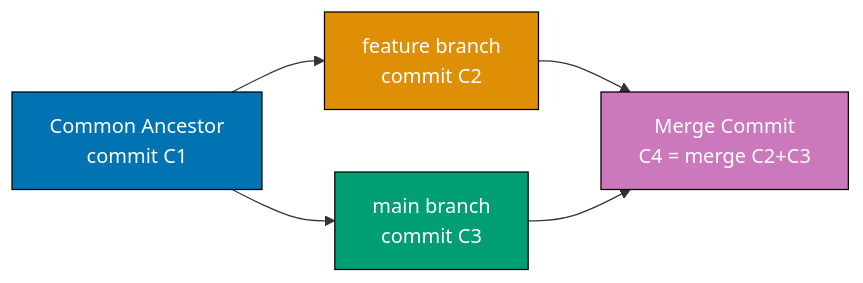
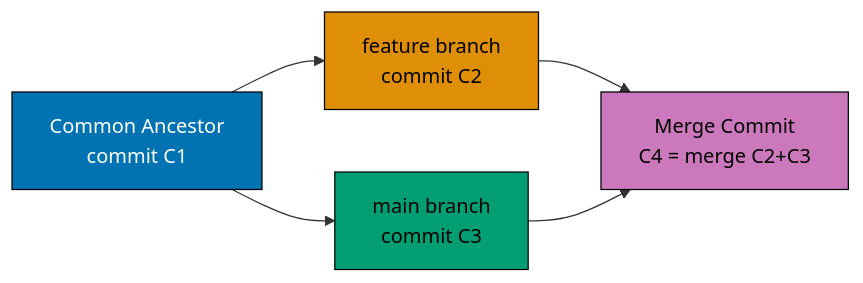
The first of 10 diagrams in apps/ayokoding-www/content/en/learn/legacy/software-engineering/automation-tools/git/by-example/intermediate.md (wahidyankf/ose-public), drawn with Mermaid before and after one commit. The commit also changed other lines of this file and 131 other files, not shown here.

First line of the commit message:
fix(mermaid): bring the legacy data, infrastructure, and testing diagrams onto the accessible palette

````diff
--- a/apps/ayokoding-www/content/en/learn/legacy/software-engineering/automation-tools/git/by-example/intermediate.md
+++ b/apps/ayokoding-www/content/en/learn/legacy/software-engineering/automation-tools/git/by-example/intermediate.md
@@ -18,18 +18,25 @@
 ```mermaid
 %% Color Palette: Blue #0173B2, Orange #DE8F05, Teal #029E73, Purple #CC78BC, Brown #CA9161
 graph LR
+    accTitle: Example 29: Three-Way Merge
+    accDescr: Graph with 4 nodes and 4 connections. Nodes: Common Ancestor commit C1, feature branch commit C2, main branch commit C3, Merge Commit C4 = merge C2+C3. Connections: Common Ancestor commit C1 to feature branch commit C2, Common Ancestor commit C1 to main branch commit C3, feature branch commit C2 to Merge Commit C4 = merge C2+C3, main branch commit C3 to Merge Commit C4 = merge C2+C3.
     A["Common Ancestor<br/>commit C1"]
     B["feature branch<br/>commit C2"]
     C["main branch<br/>commit C3"]
     D["Merge Commit<br/>C4 = merge C2+C3"]
 
     A --> B
     A --> C
     B --> D
     C --> D
 
-    style A fill:#0173B2,stroke:#000,color:#fff
-    style B fill:#DE8F05,stroke:#000,color:#fff
-    style C fill:#029E73,stroke:#000,color:#fff
-    style D fill:#CC78BC,stroke:#000,color:#fff
+    classDef pal-0173B2 fill:#0173B2,stroke:#000000,color:#FFFFFF
+    class A pal-0173B2
+    classDef pal-DE8F05 fill:#DE8F05,stroke:#000000,color:#000000
+    class B pal-DE8F05
+    classDef pal-029E73 fill:#029E73,stroke:#000000,color:#000000
+    class C pal-029E73
+    classDef pal-CC78BC fill:#CC78BC,stroke:#000000,color:#000000
+    class D pal-CC78BC
+    classDef default fill:#FFFFFF,stroke:#000000,color:#000000
 ```
````
